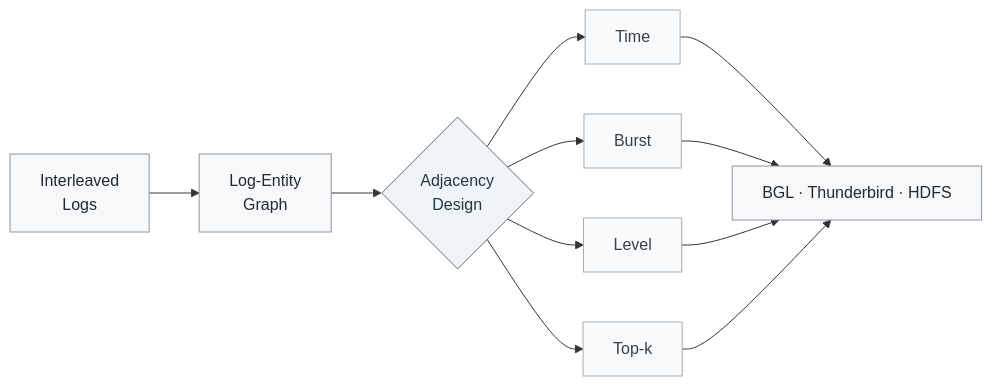
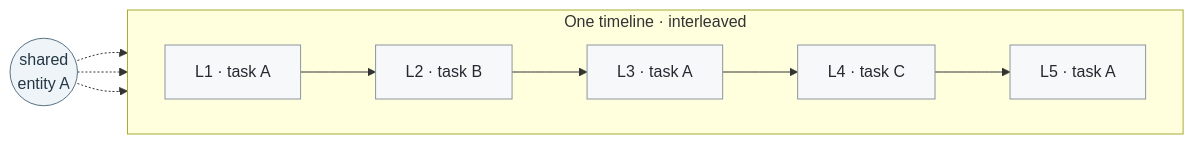
One commit to prosild/prosild changed the first of 2 diagrams in README.md. Above: the diagram before and after it, drawn with Mermaid. The commit also changed other lines of this file, not shown here.

````diff
--- a/README.md
+++ b/README.md
@@ -43,23 +44,16 @@
 ```mermaid
 flowchart LR
-    A["Interleaved<br/>Logs"] --> B["Log-Entity<br/>Graph"]
-    B --> C{"Adjacency<br/>Design"}
+    subgraph TL["One timeline · interleaved"]
+        direction LR
+        L1["L1 · task A"] --> L2["L2 · task B"] --> L3["L3 · task A"] --> L4["L4 · task C"] --> L5["L5 · task A"]
+    end
+    E(("shared<br/>entity A"))
+    E -.-> L1
+    E -.-> L3
+    E -.-> L5
 
-    C --> D1["Time"]
-    C --> D2["Burst"]
-    C --> D3["Level"]
-    C --> D4["Top-k"]
-
-    D1 --> E["BGL · Thunderbird · HDFS"]
-    D2 --> E
-    D3 --> E
-    D4 --> E
-
-    classDef base fill:#f6f8fa,stroke:#8c959f,color:#24292f;
-    classDef focus fill:#eef4f7,stroke:#587384,color:#243746;
-    classDef signal fill:#f8fafb,stroke:#a3adb5,color:#34404a;
-
-    class A,B,E base;
-    class C focus;
-    class D1,D2,D3,D4 signal;
+    classDef log fill:#f6f8fa,stroke:#8c959f,color:#24292f;
+    classDef ent fill:#eef4f7,stroke:#587384,color:#243746;
+    class L1,L2,L3,L4,L5 log;
+    class E ent;
 ```
````
